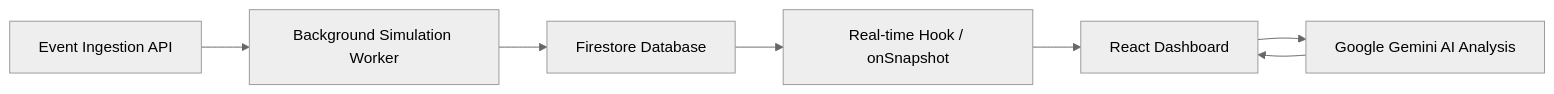
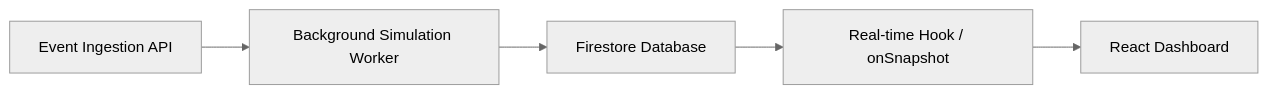
Before and after one commit to AnkShoji/nexusstream-ai: the diagram in README.md, drawn with Mermaid (neutral theme).

````diff
--- a/README.md
+++ b/README.md
@@ -50,9 +50,8 @@
 ```mermaid
 graph LR
     A[Event Ingestion API] --> B[Background Simulation Worker]
     B --> C[Firestore Database]
     C --> D[Real-time Hook / onSnapshot]
     D --> E[React Dashboard]
-    E --> F[Google Gemini AI Analysis]
-    F --> E
+
 ```
````
